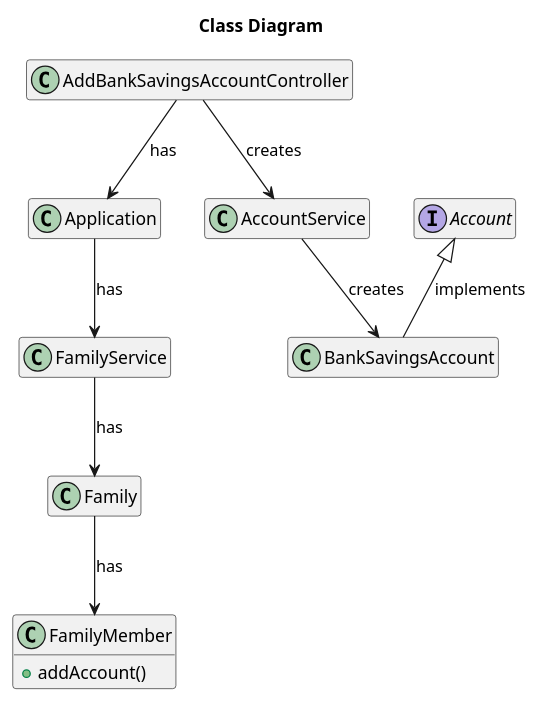
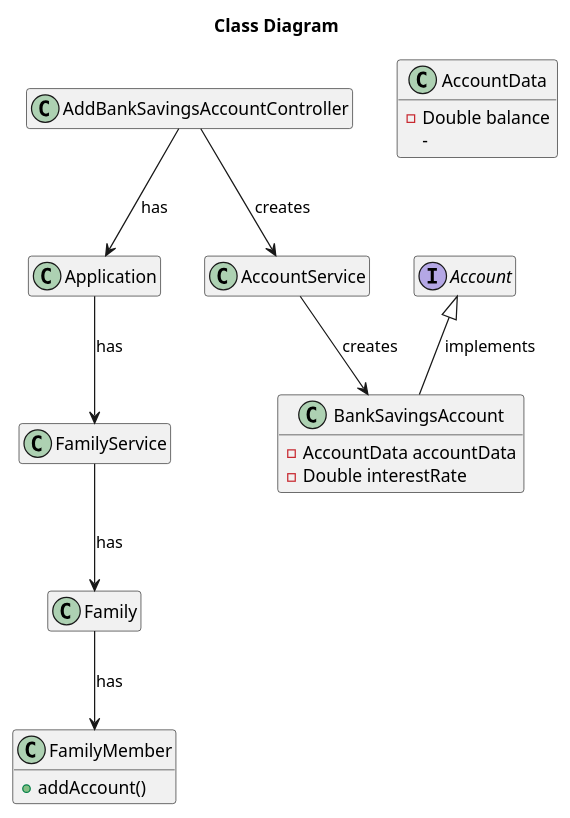
One commit to tomas-osswald/switch_2020_g3 changed the third of 3 diagrams in docs/sprint2/user_stories/US172_AddBankSavingsAccount.md. Above: the diagram before and after it, drawn with PlantUML. The commit also changed other lines of this file, not shown here.

Commit message:
minor commit to pull after merge

````diff
--- a/docs/sprint2/user_stories/US172_AddBankSavingsAccount.md
+++ b/docs/sprint2/user_stories/US172_AddBankSavingsAccount.md
@@ -115,38 +115,45 @@
 ```puml
 @startuml
 
 title Class Diagram
 hide empty members
 
 class BankSavingsAccount {
+- AccountData accountData
+- Double interestRate
+}
 
+class AccountData {
+- Double balance
+- 
 }
+
 
 class AddBankSavingsAccountController {
 }
 
 class Application {}
 
 class FamilyService {}
 
 class Family {}
 
 class FamilyMember {
 + addAccount()
 }
 
 class AccountService {
 }
 
 interface Account {}
 
 AddBankSavingsAccountController --> Application : has
 Application --> FamilyService : has
 AddBankSavingsAccountController --> AccountService : creates
 FamilyService --> Family : has
 Family --> FamilyMember : has
 AccountService --> BankSavingsAccount : creates
 Account <|-- BankSavingsAccount : implements
 
 @enduml
 ```
````
